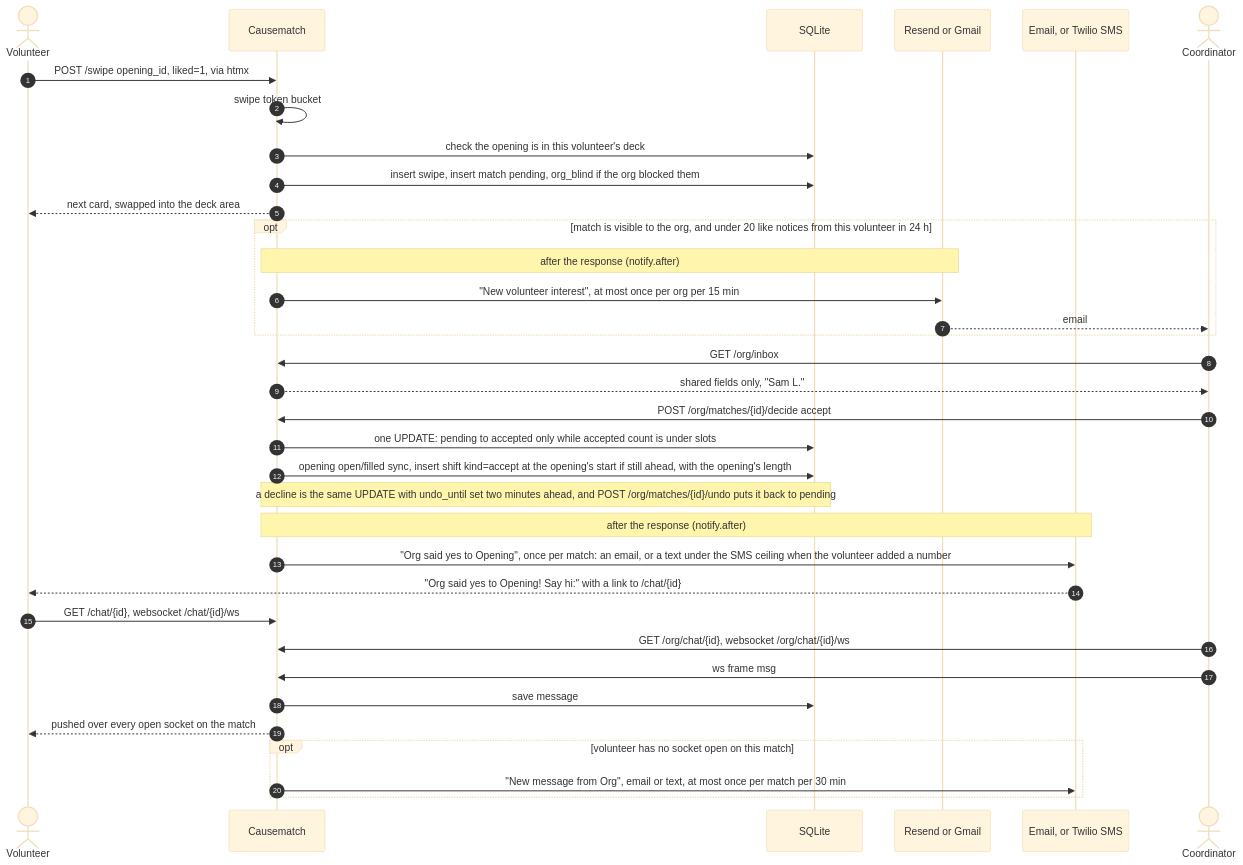
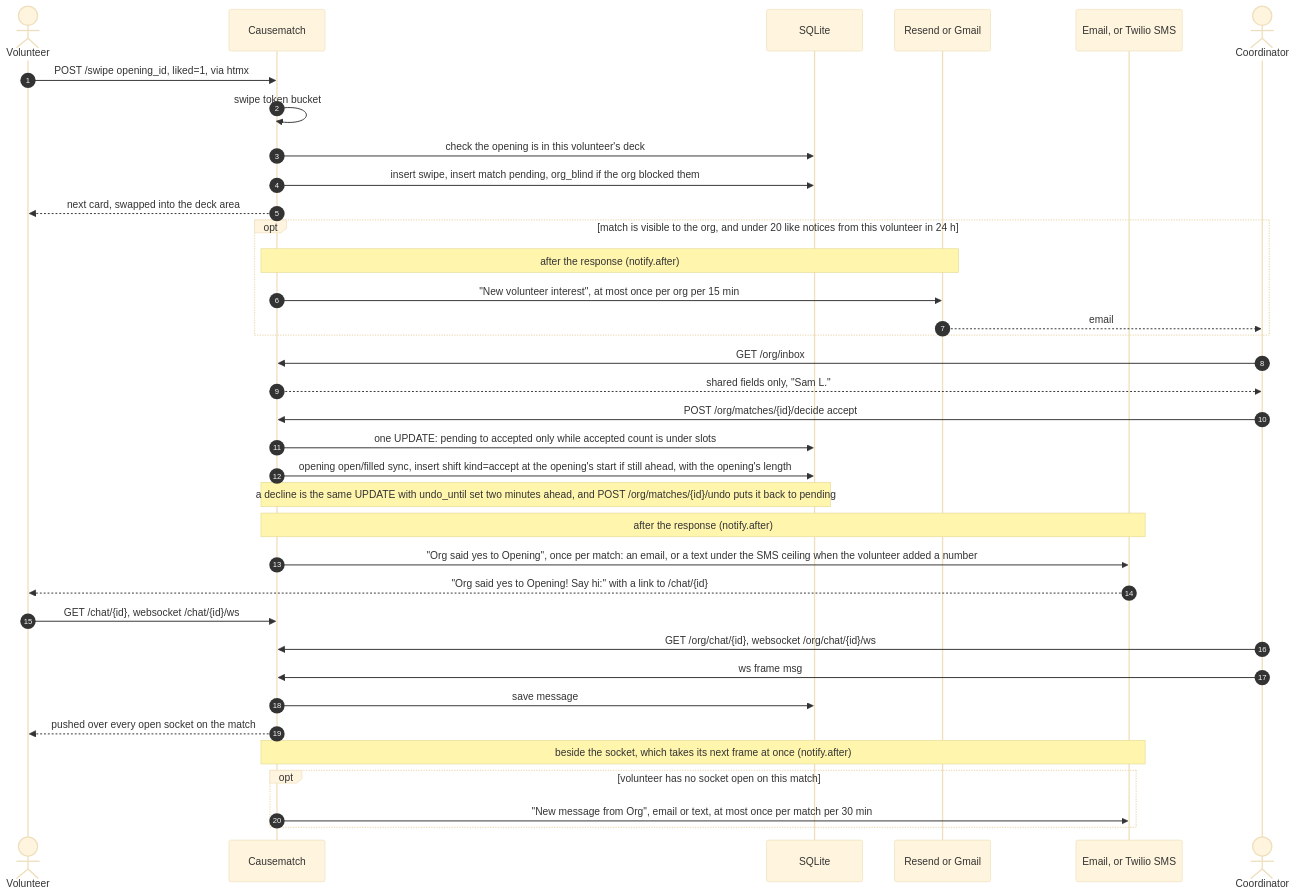
Before and after one commit to slegroux/causematch: diagram 18 of 26 in docs/ARCHITECTURE.md, drawn with Mermaid (base theme). The commit also changed other lines of this file and 10 other files, not shown here.

````diff
--- a/docs/ARCHITECTURE.md
+++ b/docs/ARCHITECTURE.md
@@ -1082,38 +1082,39 @@
 ```mermaid
 sequenceDiagram
     autonumber
     actor V as Volunteer
     participant A as Causematch
     participant DB as SQLite
     participant R as Resend or Gmail
     participant T as Email, or Twilio SMS
     actor C as Coordinator
 
     V->>A: POST /swipe opening_id, liked=1, via htmx
     A->>A: swipe token bucket
     A->>DB: check the opening is in this volunteer's deck
     A->>DB: insert swipe, insert match pending, org_blind if the org blocked them
     A-->>V: next card, swapped into the deck area
     opt match is visible to the org, and under 20 like notices from this volunteer in 24 h
         Note over A,R: after the response (notify.after)
         A->>R: "New volunteer interest", at most once per org per 15 min
         R-->>C: email
     end
     C->>A: GET /org/inbox
     A-->>C: shared fields only, "Sam L."
     C->>A: POST /org/matches/{id}/decide accept
     A->>DB: one UPDATE: pending to accepted only while accepted count is under slots
     A->>DB: opening open/filled sync, insert shift kind=accept at the opening's start if still ahead, with the opening's length
     Note over A,DB: a decline is the same UPDATE with undo_until set two minutes ahead, and POST /org/matches/{id}/undo puts it back to pending
     Note over A,T: after the response (notify.after)
     A->>T: "Org said yes to Opening", once per match: an email, or a text under the SMS ceiling when the volunteer added a number
     T-->>V: "Org said yes to Opening! Say hi:" with a link to /chat/{id}
     V->>A: GET /chat/{id}, websocket /chat/{id}/ws
     C->>A: GET /org/chat/{id}, websocket /org/chat/{id}/ws
     C->>A: ws frame msg
     A->>DB: save message
     A-->>V: pushed over every open socket on the match
+    Note over A,T: beside the socket, which takes its next frame at once (notify.after)
     opt volunteer has no socket open on this match
         A->>T: "New message from Org", email or text, at most once per match per 30 min
     end
 ```
````
